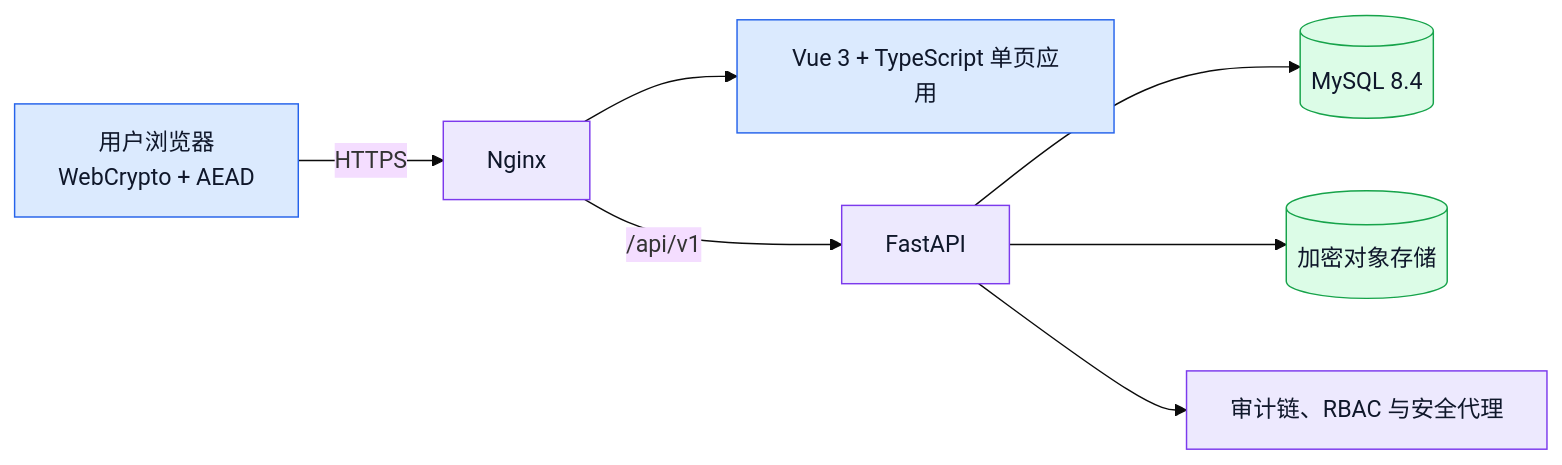
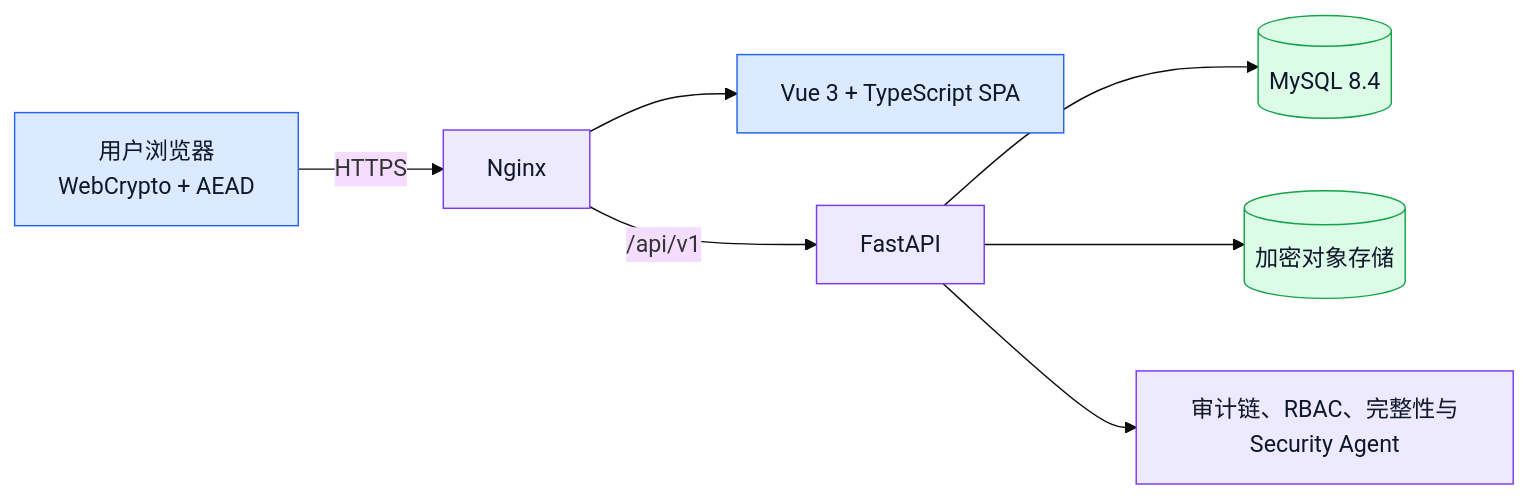
The diagram in README.zh-CN.md (Waldo0926/SecureView), drawn with Mermaid (base theme) before and after one commit. The commit also changed other lines of this file and 10 other files, not shown here.

````diff
--- a/README.zh-CN.md
+++ b/README.zh-CN.md
@@ -36,15 +68,15 @@
-```mermaid
+~~~mermaid
 flowchart LR
 U[用户浏览器<br/>WebCrypto + AEAD] -->|HTTPS| N[Nginx]
-N --> F[Vue 3 + TypeScript 单页应用]
+N --> F[Vue 3 + TypeScript SPA]
 N -->|/api/v1| A[FastAPI]
 A --> D[(MySQL 8.4)]
 A --> S[(加密对象存储)]
-A --> L[审计链、RBAC 与安全代理]
+A --> L[审计链、RBAC、完整性与Security Agent]
 classDef client fill:#dbeafe,stroke:#2563eb,color:#0f172a
 classDef server fill:#ede9fe,stroke:#7c3aed,color:#0f172a
 classDef data fill:#dcfce7,stroke:#16a34a,color:#0f172a
 class U,F client
 class N,A,L server
 class D,S data
-```
+~~~
````
